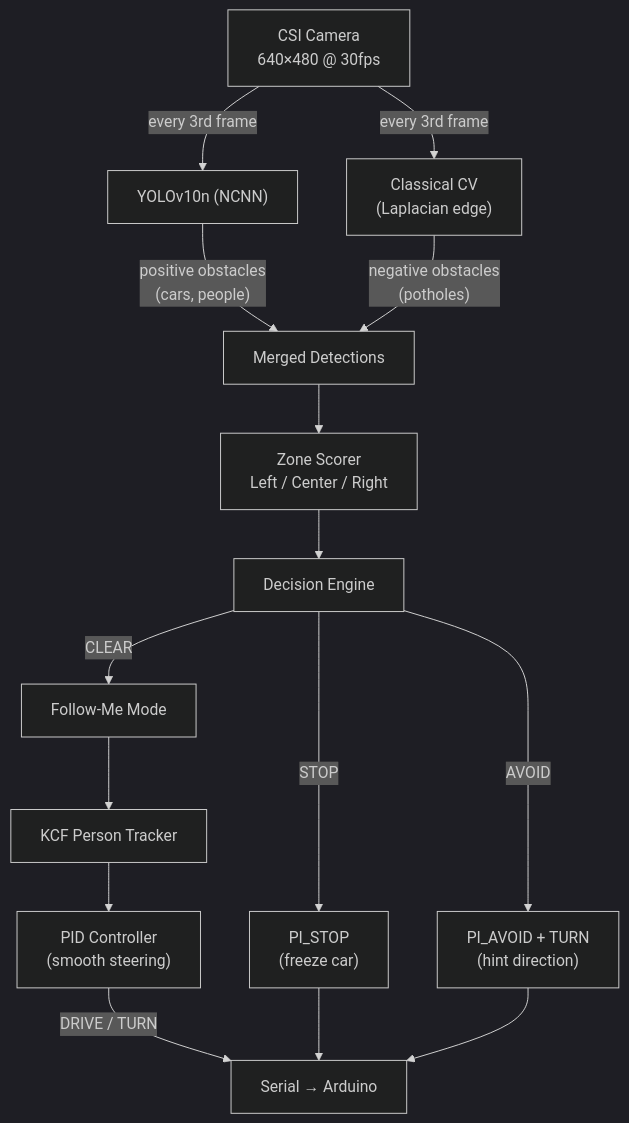
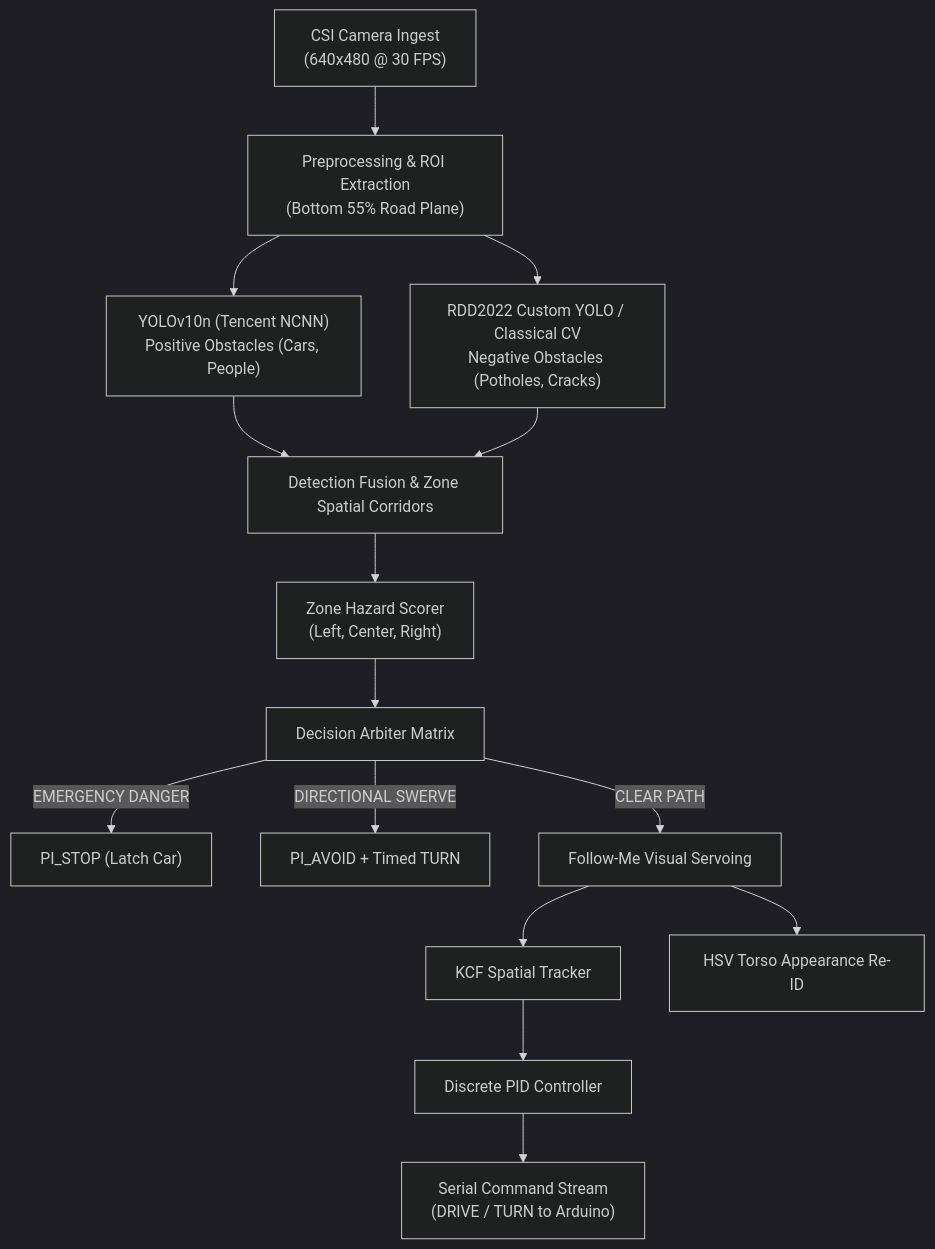
One commit to menonkrishna57/model-car-capstone changed the second of 2 diagrams in docs/architecture.md. Above: the diagram before and after it, drawn with Mermaid (dark theme). The commit also changed other lines of this file and 6 other files, not shown here.

Commit message:
docs: add comprehensive interim technical benchmarking report and architecture documentation

````diff
--- a/docs/architecture.md
+++ b/docs/architecture.md
@@ -470,22 +225,22 @@
 ```mermaid
 graph TD
-    CAM["CSI Camera<br/>640×480 @ 30fps"] -->|"every 3rd frame"| YOLO["YOLOv10n (NCNN)"]
-    CAM -->|"every 3rd frame"| CCV["Classical CV<br/>(Laplacian edge)"]
+    CAM["CSI Camera Ingest<br/>(640x480 @ 30 FPS)"] --> PRE["Preprocessing & ROI Extraction<br/>(Bottom 55% Road Plane)"]
 
-    YOLO -->|"positive obstacles<br/>(cars, people)"| MERGE["Merged Detections"]
-    CCV -->|"negative obstacles<br/>(potholes)"| MERGE
+    PRE --> YOLO["YOLOv10n (Tencent NCNN)<br/>Positive Obstacles (Cars, People)"]
+    PRE --> POTHOLE["RDD2022 Custom YOLO / Classical CV<br/>Negative Obstacles (Potholes, Cracks)"]
 
-    MERGE --> ZONE["Zone Scorer<br/>Left / Center / Right"]
-    ZONE --> DEC["Decision Engine"]
+    YOLO --> MERGE["Detection Fusion & Zone Spatial Corridors"]
+    POTHOLE --> MERGE
 
-    DEC -->|"STOP"| PI_STOP["PI_STOP<br/>(freeze car)"]
-    DEC -->|"AVOID"| PI_AVOID["PI_AVOID + TURN<br/>(hint direction)"]
-    DEC -->|"CLEAR"| FOLLOW["Follow-Me Mode"]
+    MERGE --> ZONE["Zone Hazard Scorer<br/>(Left, Center, Right)"]
+    ZONE --> DEC["Decision Arbiter Matrix"]
 
-    FOLLOW --> KCF["KCF Person Tracker"]
-    KCF --> PID["PID Controller<br/>(smooth steering)"]
-    PID -->|"DRIVE / TURN"| SERIAL["Serial → Arduino"]
+    DEC -->|"EMERGENCY DANGER"| PISTOP["PI_STOP (Latch Car)"]
+    DEC -->|"DIRECTIONAL SWERVE"| SWERVE["PI_AVOID + Timed TURN"]
+    DEC -->|"CLEAR PATH"| FOLLOW["Follow-Me Visual Servoing"]
 
-    PI_STOP --> SERIAL
-    PI_AVOID --> SERIAL
+    FOLLOW --> KCF["KCF Spatial Tracker"]
+    FOLLOW --> HSV["HSV Torso Appearance Re-ID"]
+    KCF --> PID["Discrete PID Controller"]
+    PID --> NAV["Serial Command Stream<br/>(DRIVE / TURN to Arduino)"]
 ```
````
